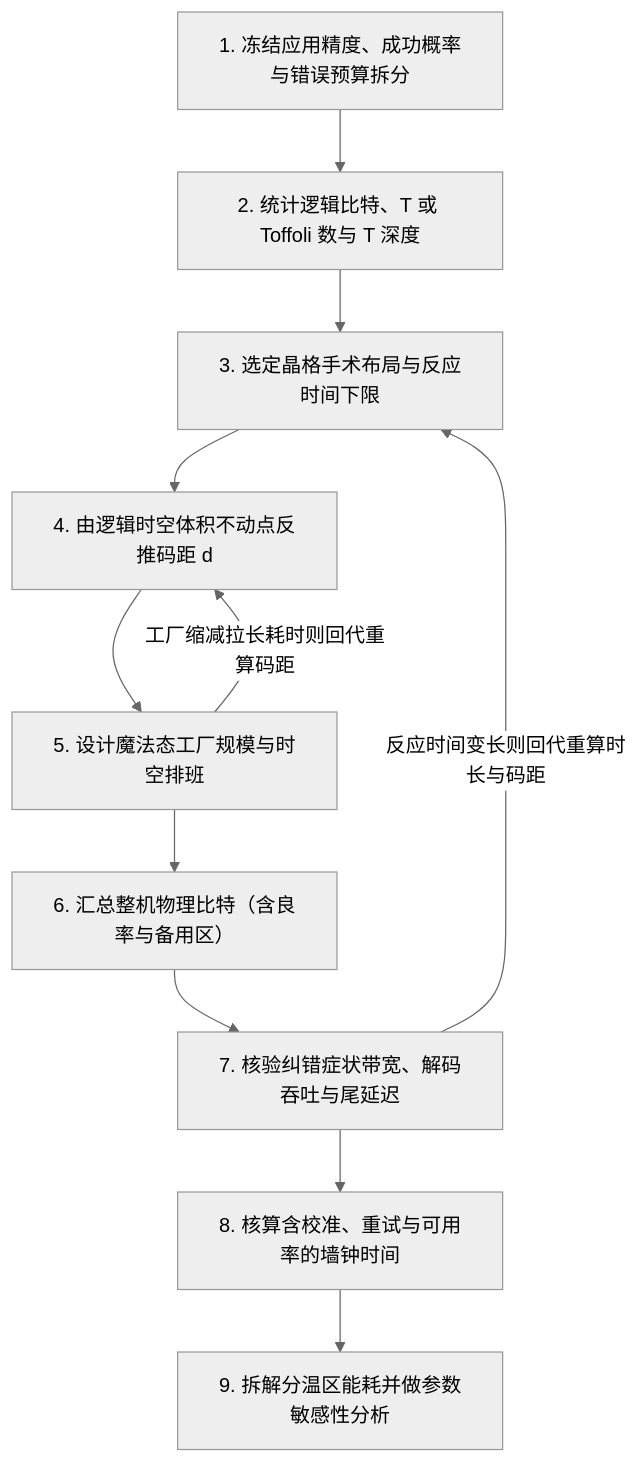
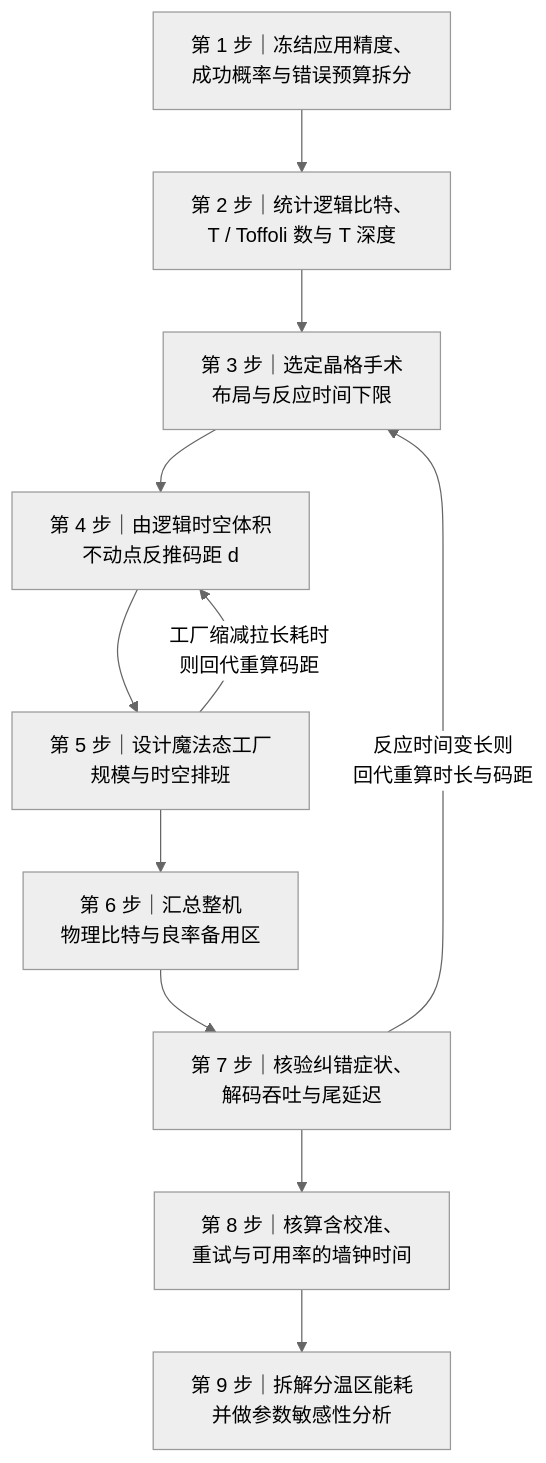
The diagram in handbook/11-resources-benchmarks.md (nanless/quantum-computing-handbook), drawn with Mermaid (neutral theme) before and after one commit. The commit also changed other lines of this file and 871 other files, not shown here.

````diff
--- a/handbook/11-resources-benchmarks.md
+++ b/handbook/11-resources-benchmarks.md
@@ -1094,13 +1116,13 @@
 ```mermaid
 flowchart TD
-  S1["1. 冻结应用精度、成功概率与错误预算拆分"] --> S2["2. 统计逻辑比特、T 或 Toffoli 数与 T 深度"]
-  S2 --> S3["3. 选定晶格手术布局与反应时间下限"]
-  S3 --> S4["4. 由逻辑时空体积不动点反推码距 d"]
-  S4 --> S5["5. 设计魔法态工厂规模与时空排班"]
-  S5 -->|工厂缩减拉长耗时则回代重算码距| S4
-  S5 --> S6["6. 汇总整机物理比特（含良率与备用区）"]
-  S6 --> S7["7. 核验纠错症状带宽、解码吞吐与尾延迟"]
-  S7 -->|反应时间变长则回代重算时长与码距| S3
-  S7 --> S8["8. 核算含校准、重试与可用率的墙钟时间"]
-  S8 --> S9["9. 拆解分温区能耗并做参数敏感性分析"]
+  S1["第 1 步｜冻结应用精度、<br/>成功概率与错误预算拆分"] --> S2["第 2 步｜统计逻辑比特、<br/>T / Toffoli 数与 T 深度"]
+  S2 --> S3["第 3 步｜选定晶格手术<br/>布局与反应时间下限"]
+  S3 --> S4["第 4 步｜由逻辑时空体积<br/>不动点反推码距 d"]
+  S4 --> S5["第 5 步｜设计魔法态工厂<br/>规模与时空排班"]
+  S5 -->|"工厂缩减拉长耗时<br/>则回代重算码距"| S4
+  S5 --> S6["第 6 步｜汇总整机<br/>物理比特与良率备用区"]
+  S6 --> S7["第 7 步｜核验纠错症状、<br/>解码吞吐与尾延迟"]
+  S7 -->|"反应时间变长则<br/>回代重算时长与码距"| S3
+  S7 --> S8["第 8 步｜核算含校准、<br/>重试与可用率的墙钟时间"]
+  S8 --> S9["第 9 步｜拆解分温区能耗<br/>并做参数敏感性分析"]
 ```
````
